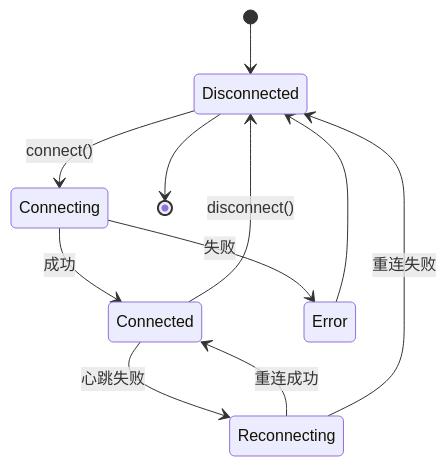
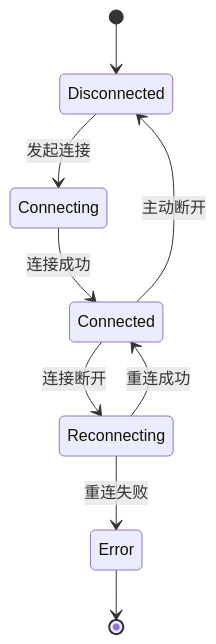
The second of 2 diagrams in progress/TECH-MCP.md (MiyakoMeow/neco), drawn with Mermaid before and after one commit. The commit also changed other lines of this file and 11 other files, not shown here.

````diff
--- a/progress/TECH-MCP.md
+++ b/progress/TECH-MCP.md
@@ -300,13 +249,11 @@
 ```mermaid
 stateDiagram-v2
     [*] --> Disconnected
-    Disconnected --> Connecting: connect()
-    Connecting --> Connected: 成功
-    Connecting --> Error: 失败
-    Connected --> Reconnecting: 心跳失败
+    Disconnected --> Connecting: 发起连接
+    Connecting --> Connected: 连接成功
+    Connected --> Reconnecting: 连接断开
     Reconnecting --> Connected: 重连成功
-    Reconnecting --> Disconnected: 重连失败
-    Connected --> Disconnected: disconnect()
-    Error --> Disconnected
-    Disconnected --> [*]
+    Reconnecting --> Error: 重连失败
+    Connected --> Disconnected: 主动断开
+    Error --> [*]
 ```
````
